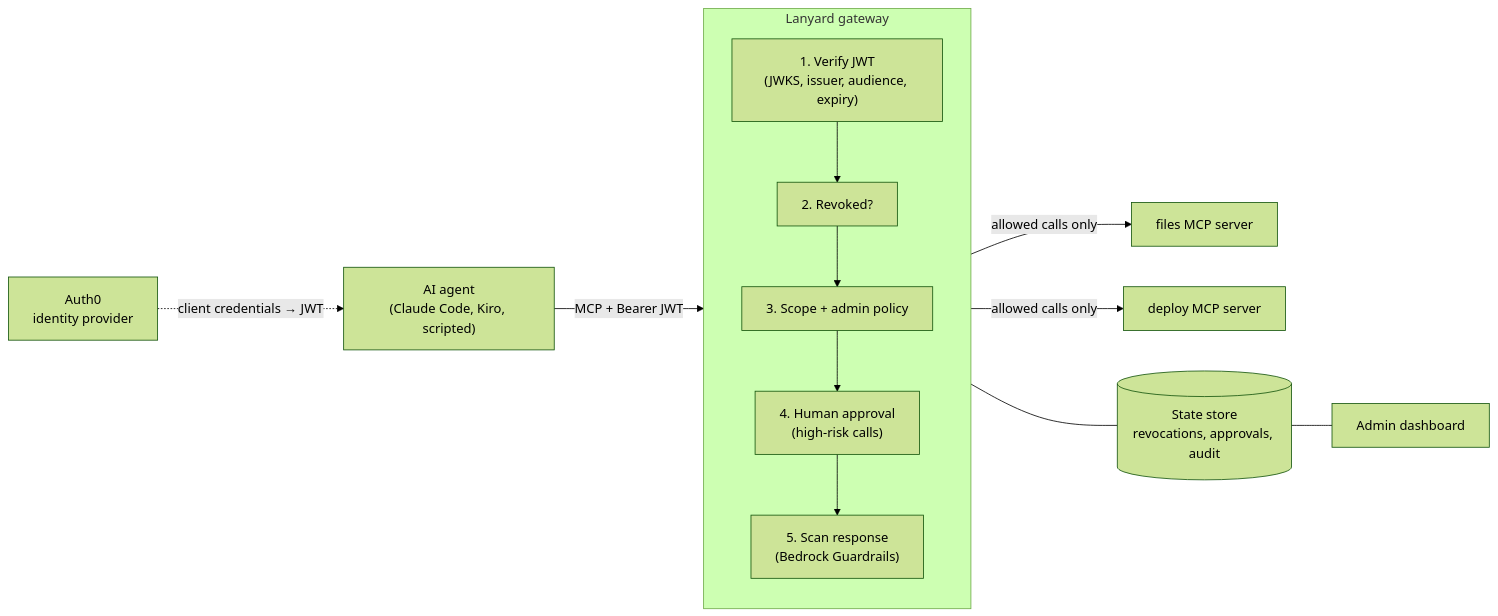
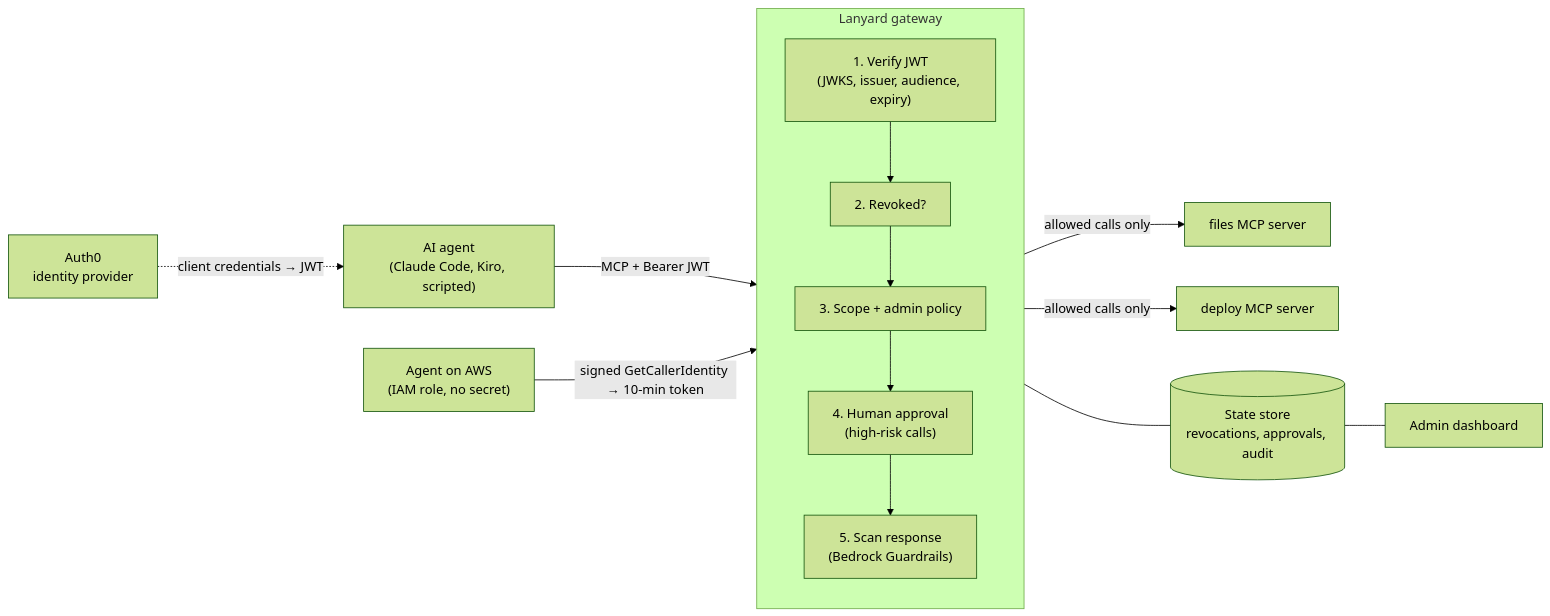
The first of 2 diagrams in README.md (akrai37/Lanyard), drawn with Mermaid (forest theme) before and after one commit. The commit also changed other lines of this file and 2 other files, not shown here.

Commit message:
Docs: workload identity, Auth0 cut-off, console, demo segment

````diff
--- a/README.md
+++ b/README.md
@@ -23,16 +26,17 @@
 ```mermaid
 flowchart LR
     A["AI agent<br/>(Claude Code, Kiro, scripted)"] -- "MCP + Bearer JWT" --> G
     I["Auth0<br/>identity provider"] -. "client credentials → JWT" .-> A
+    W["Agent on AWS<br/>(IAM role, no secret)"] -- "signed GetCallerIdentity → 10-min token" --> G
     subgraph G["Lanyard gateway"]
         direction TB
         V["1. Verify JWT<br/>(JWKS, issuer, audience, expiry)"] --> R["2. Revoked?"]
         R --> P["3. Scope + admin policy"]
         P --> H["4. Human approval<br/>(high-risk calls)"]
         H --> S["5. Scan response<br/>(Bedrock Guardrails)"]
     end
     G -- "allowed calls only" --> T1["files MCP server"]
     G -- "allowed calls only" --> T2["deploy MCP server"]
     G --- D[("State store<br/>revocations, approvals, audit")]
     D --- UI["Admin dashboard"]
 ```
````
